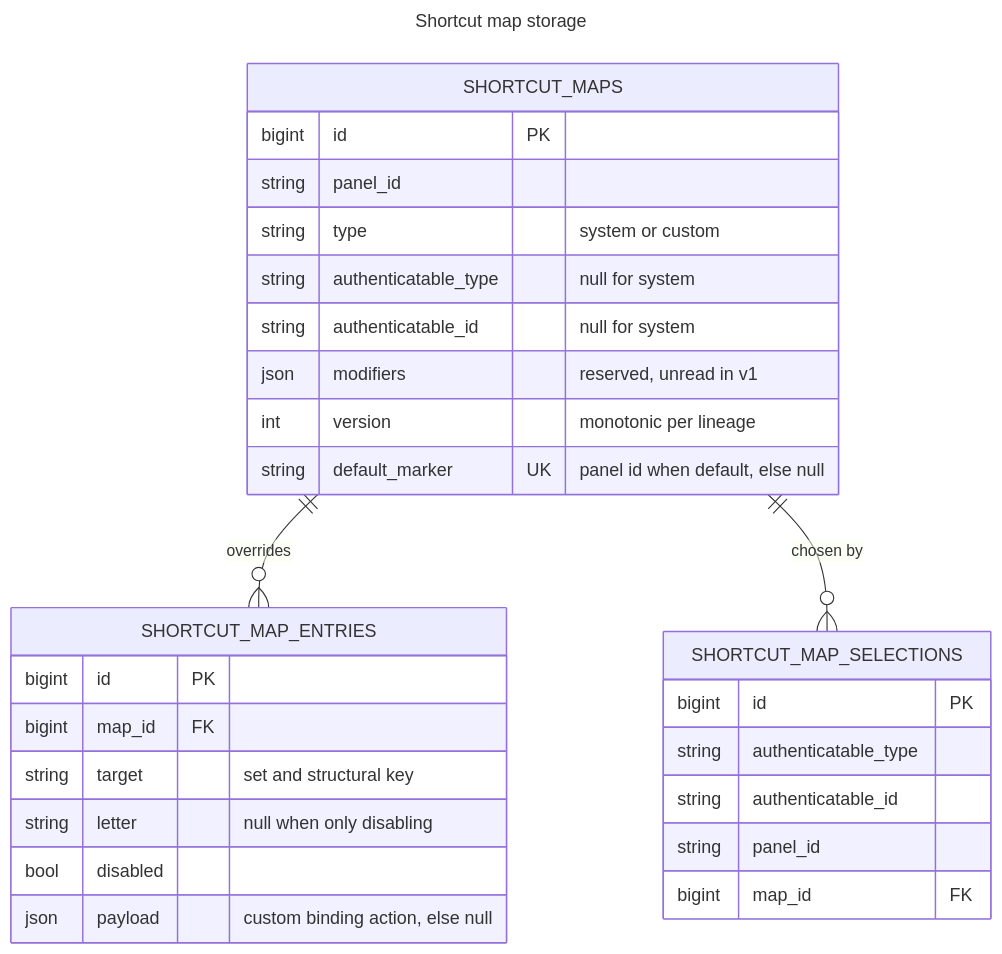
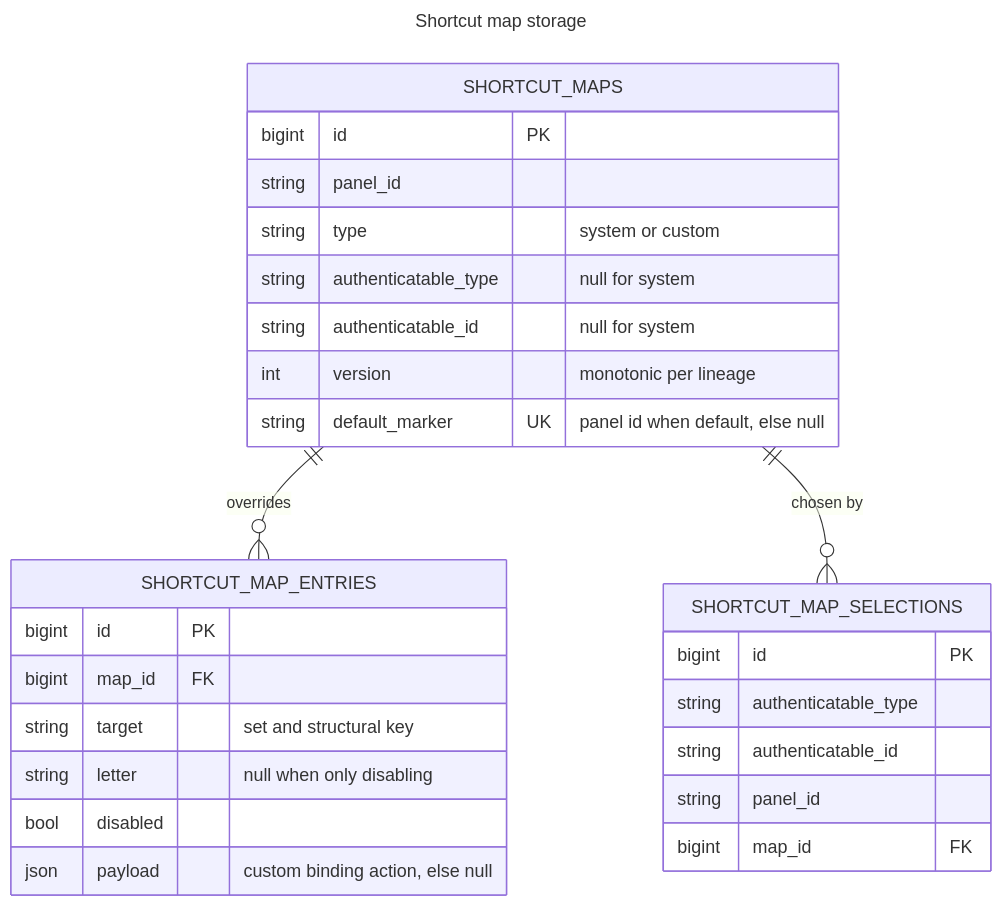
The first of 2 diagrams in docs/domain-model.md (aristonis/filament-shortcut-keys), drawn with Mermaid before and after one commit. The commit also changed other lines of this file and 11 other files, not shown here.

````diff
--- a/docs/domain-model.md
+++ b/docs/domain-model.md
@@ -9,34 +9,33 @@
 ```mermaid
 ---
 title: Shortcut map storage
 ---
 erDiagram
     SHORTCUT_MAPS ||--o{ SHORTCUT_MAP_ENTRIES : "overrides"
     SHORTCUT_MAPS ||--o{ SHORTCUT_MAP_SELECTIONS : "chosen by"
 
     SHORTCUT_MAPS {
         bigint id PK
         string panel_id
         string type "system or custom"
         string authenticatable_type "null for system"
         string authenticatable_id "null for system"
-        json modifiers "reserved, unread in v1"
         int version "monotonic per lineage"
         string default_marker UK "panel id when default, else null"
     }
     SHORTCUT_MAP_ENTRIES {
         bigint id PK
         bigint map_id FK
         string target "set and structural key"
         string letter "null when only disabling"
         bool disabled
         json payload "custom binding action, else null"
     }
     SHORTCUT_MAP_SELECTIONS {
         bigint id PK
         string authenticatable_type
         string authenticatable_id
         string panel_id
         bigint map_id FK
     }
 ```
````
